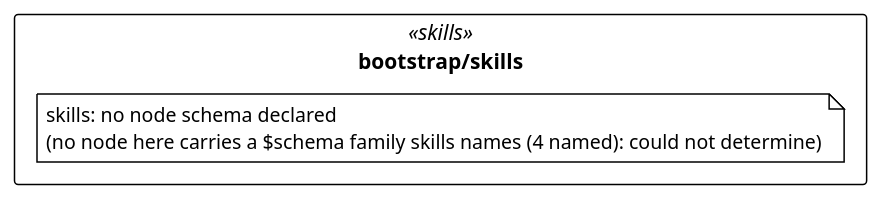
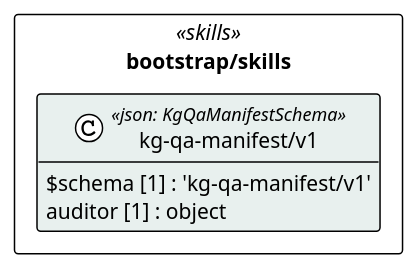
The diagram in cat-harness/uml/overview/bootstrap/skills.puml (litlfred/folio-assistant), drawn with PlantUML before and after one commit. The commit also changed 22 other files, not shown here.

```diff
--- a/cat-harness/uml/overview/bootstrap/skills.puml
+++ b/cat-harness/uml/overview/bootstrap/skills.puml
@@ -3,13 +3,16 @@
 @startuml bootstrap_skills
 !pragma layout elk
 !theme plain
 skinparam classAttributeIconSize 0
 skinparam shadowing false
 skinparam packageStyle rectangle
 hide empty methods
 
 package "bootstrap/skills" as pkg_bootstrap_skills <<skills>> {
-  note "skills: no node schema declared\n(no node here carries a $schema family skills names (4 named): could not determine)" as n_bootstrap_skills_skills
+  class "kg-qa-manifest/v1" as bootstrap_skills_kg_qa_manifest_v1_kg_qa_manifest_v1 <<json: KgQaManifestSchema>> #e8f0ee {
+    $schema [1] : 'kg-qa-manifest/v1'
+    auditor [1] : object
+  }
 }
 
 @enduml
```
